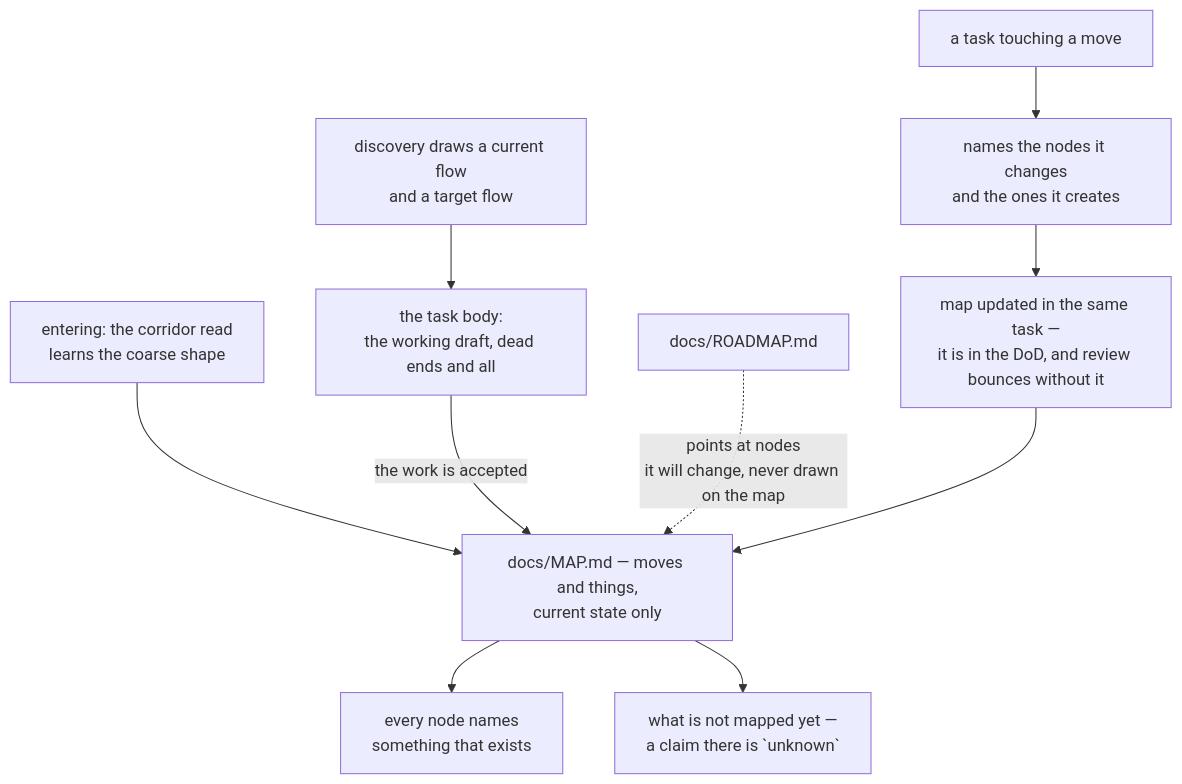
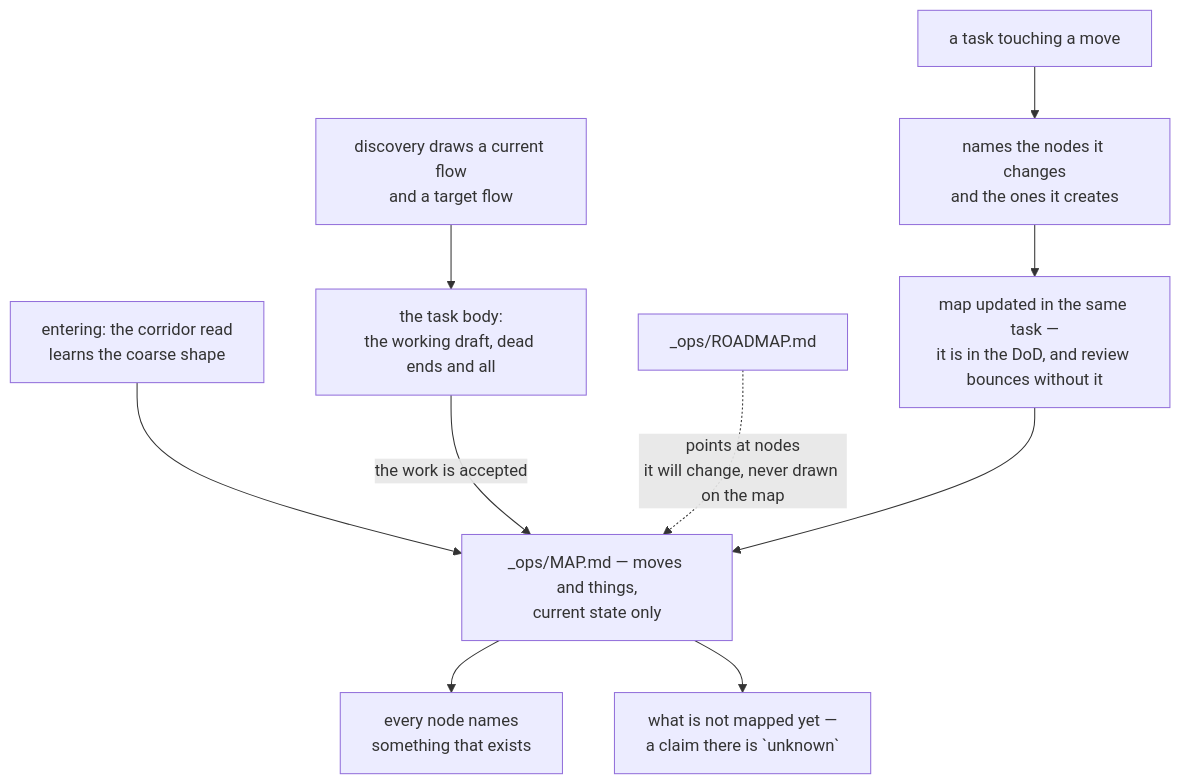
Diagram 13 of 24 in diagrams.md (jamillazarev/opsinist), drawn with Mermaid before and after one commit. The commit also changed other lines of this file and 58 other files, not shown here.

Commit message:
the machinery moves under one door — _ops/, the migrator, and the carried deferral

````diff
--- a/diagrams.md
+++ b/diagrams.md
@@ -254,12 +254,12 @@
 ```mermaid
 flowchart TD
   D[discovery draws a current flow<br/>and a target flow] --> T[the task body:<br/>the working draft, dead ends and all]
   E[entering: the corridor read<br/>learns the coarse shape] --> M
-  T -- the work is accepted --> M[docs/MAP.md — moves and things,<br/>current state only]
+  T -- the work is accepted --> M[_ops/MAP.md — moves and things,<br/>current state only]
   M --> N[every node names<br/>something that exists]
   M --> U[what is not mapped yet —<br/>a claim there is `unknown`]
-  R[docs/ROADMAP.md] -. points at nodes<br/>it will change, never drawn on the map .-> M
+  R[_ops/ROADMAP.md] -. points at nodes<br/>it will change, never drawn on the map .-> M
   W[a task touching a move] --> DD[names the nodes it changes<br/>and the ones it creates]
   DD --> DoD[map updated in the same task —<br/>it is in the DoD, and review bounces without it]
   DoD --> M
 ```
````
